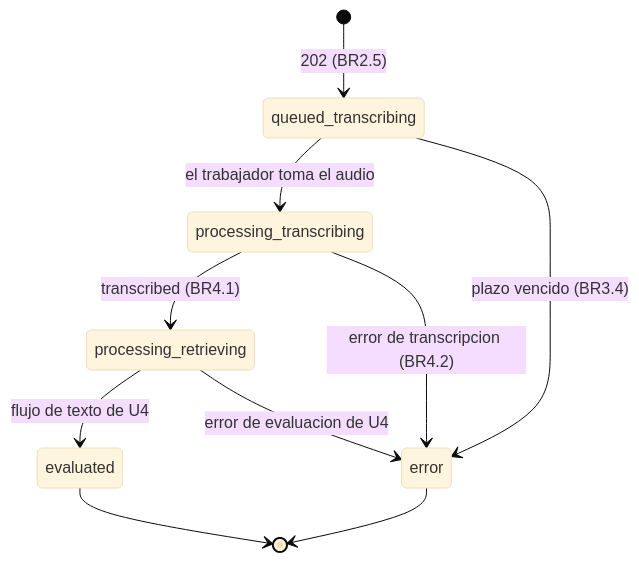
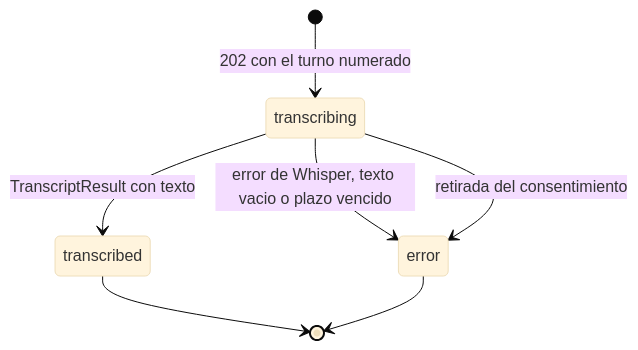
One commit to freyesJaveriana/tai changed the second of 4 diagrams in aidlc/spaces/default/intents/261002-veridicus-mvp/construction/voice/functional-design/functional-spec.md. Above: the diagram before and after it, drawn with Mermaid (base theme). The commit also changed other lines of this file and 4 other files, not shown here.

````diff
--- a/aidlc/spaces/default/intents/261002-veridicus-mvp/construction/voice/functional-design/functional-spec.md
+++ b/aidlc/spaces/default/intents/261002-veridicus-mvp/construction/voice/functional-design/functional-spec.md
@@ -121,12 +180,9 @@
 ```mermaid
 stateDiagram-v2
-  [*] --> queued_transcribing: 202 (BR2.5)
-  queued_transcribing --> processing_transcribing: el trabajador toma el audio
-  processing_transcribing --> processing_retrieving: transcribed (BR4.1)
-  processing_transcribing --> error: error de transcripcion (BR4.2)
-  queued_transcribing --> error: plazo vencido (BR3.4)
-  processing_retrieving --> evaluated: flujo de texto de U4
-  processing_retrieving --> error: error de evaluacion de U4
-  evaluated --> [*]
+  [*] --> transcribing: 202 con el turno numerado
+  transcribing --> transcribed: TranscriptResult con texto
+  transcribing --> error: error de Whisper, texto vacio o plazo vencido
+  transcribing --> error: retirada del consentimiento
+  transcribed --> [*]
   error --> [*]
 ```
````
